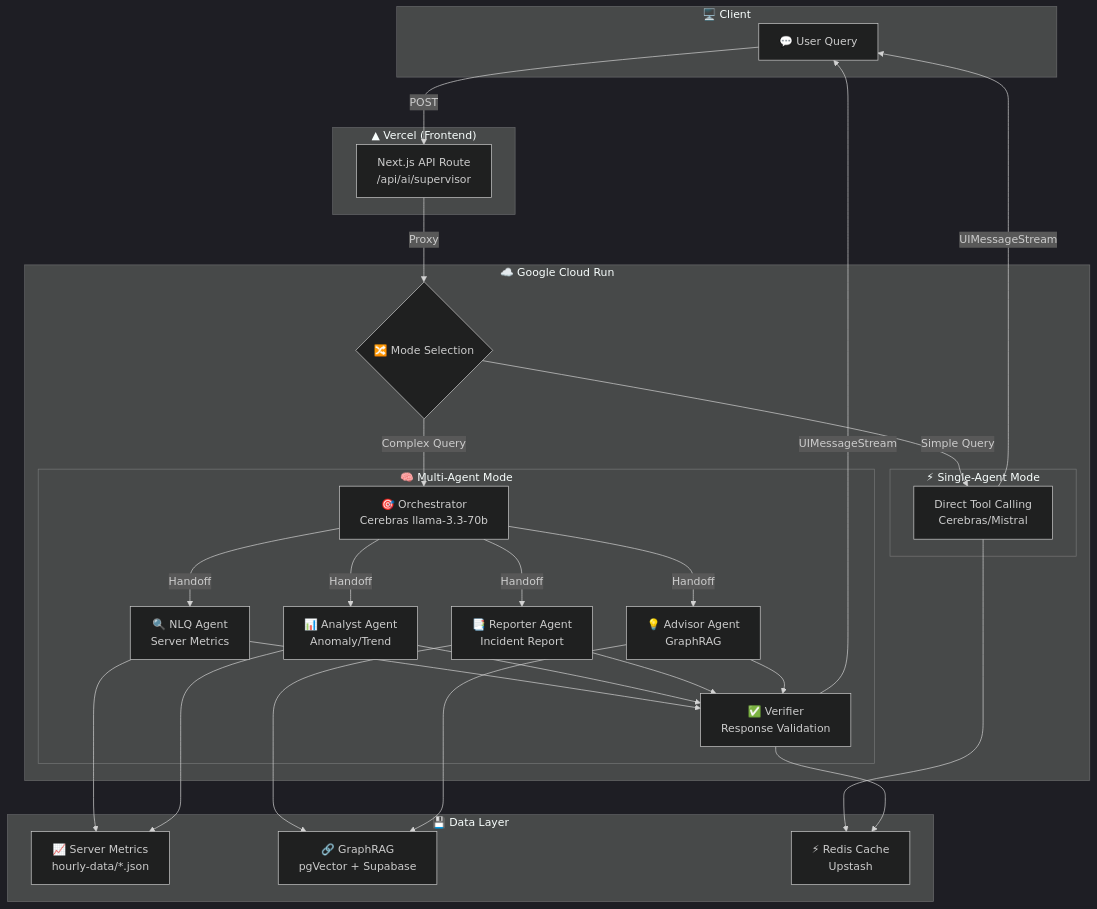
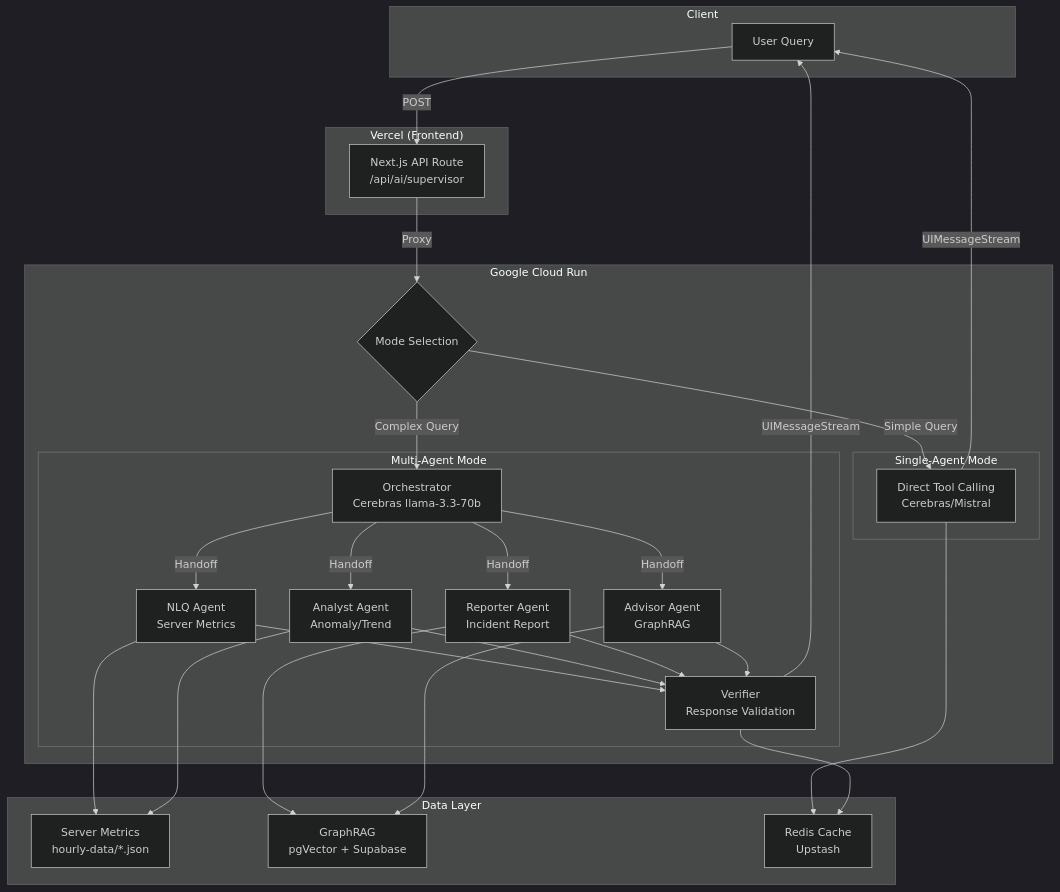
One commit to skyasu2/openmanager-ai changed the diagram in docs/reference/architecture/ai/ai-engine-architecture.md. Above: the diagram before and after it, drawn with Mermaid (dark theme). The commit also changed other lines of this file and 50 other files, not shown here.

````diff
--- a/docs/reference/architecture/ai/ai-engine-architecture.md
+++ b/docs/reference/architecture/ai/ai-engine-architecture.md
@@ -378,59 +385,59 @@
 ```mermaid
 graph TD
-    subgraph Client["🖥️ Client"]
-        User["💬 User Query"]
+    subgraph Client
+        User["User Query"]
     end
 
-    subgraph Vercel["▲ Vercel (Frontend)"]
+    subgraph Vercel["Vercel (Frontend)"]
         API["Next.js API Route<br/>/api/ai/supervisor"]
     end
 
-    subgraph CloudRun["☁️ Google Cloud Run"]
-        ModeSelect{"🔀 Mode Selection"}
-        
-        subgraph SingleMode["⚡ Single-Agent Mode"]
+    subgraph CloudRun["Google Cloud Run"]
+        ModeSelect{"Mode Selection"}
+
+        subgraph SingleMode["Single-Agent Mode"]
             SingleAgent["Direct Tool Calling<br/>Cerebras/Mistral"]
         end
-        
-        subgraph MultiMode["🧠 Multi-Agent Mode"]
-            Orchestrator["🎯 Orchestrator<br/>Cerebras llama-3.3-70b"]
-            NLQ["🔍 NLQ Agent<br/>Server Metrics"]
-            Analyst["📊 Analyst Agent<br/>Anomaly/Trend"]
-            Reporter["📑 Reporter Agent<br/>Incident Report"]
-            Advisor["💡 Advisor Agent<br/>GraphRAG"]
-            Verifier["✅ Verifier<br/>Response Validation"]
+
+        subgraph MultiMode["Multi-Agent Mode"]
+            Orchestrator["Orchestrator<br/>Cerebras llama-3.3-70b"]
+            NLQ["NLQ Agent<br/>Server Metrics"]
+            Analyst["Analyst Agent<br/>Anomaly/Trend"]
+            Reporter["Reporter Agent<br/>Incident Report"]
+            Advisor["Advisor Agent<br/>GraphRAG"]
+            Verifier["Verifier<br/>Response Validation"]
         end
     end
 
-    subgraph DataLayer["💾 Data Layer"]
-        Metrics["📈 Server Metrics<br/>hourly-data/*.json"]
-        RAG["🔗 GraphRAG<br/>pgVector + Supabase"]
-        Cache["⚡ Redis Cache<br/>Upstash"]
+    subgraph DataLayer["Data Layer"]
+        Metrics["Server Metrics<br/>hourly-data/*.json"]
+        RAG["GraphRAG<br/>pgVector + Supabase"]
+        Cache["Redis Cache<br/>Upstash"]
     end
 
     User -->|POST| API
     API -->|Proxy| ModeSelect
     ModeSelect -->|Simple Query| SingleAgent
     ModeSelect -->|Complex Query| Orchestrator
-    
+
     Orchestrator -->|Handoff| NLQ
     Orchestrator -->|Handoff| Analyst
     Orchestrator -->|Handoff| Reporter
     Orchestrator -->|Handoff| Advisor
-    
+
     NLQ --> Metrics
     Analyst --> Metrics
     Reporter --> RAG
     Advisor --> RAG
-    
+
     NLQ --> Verifier
     Analyst --> Verifier
     Reporter --> Verifier
     Advisor --> Verifier
-    
+
     SingleAgent --> Cache
     Verifier --> Cache
-    
+
     SingleAgent -->|UIMessageStream| User
     Verifier -->|UIMessageStream| User
 ```
````
